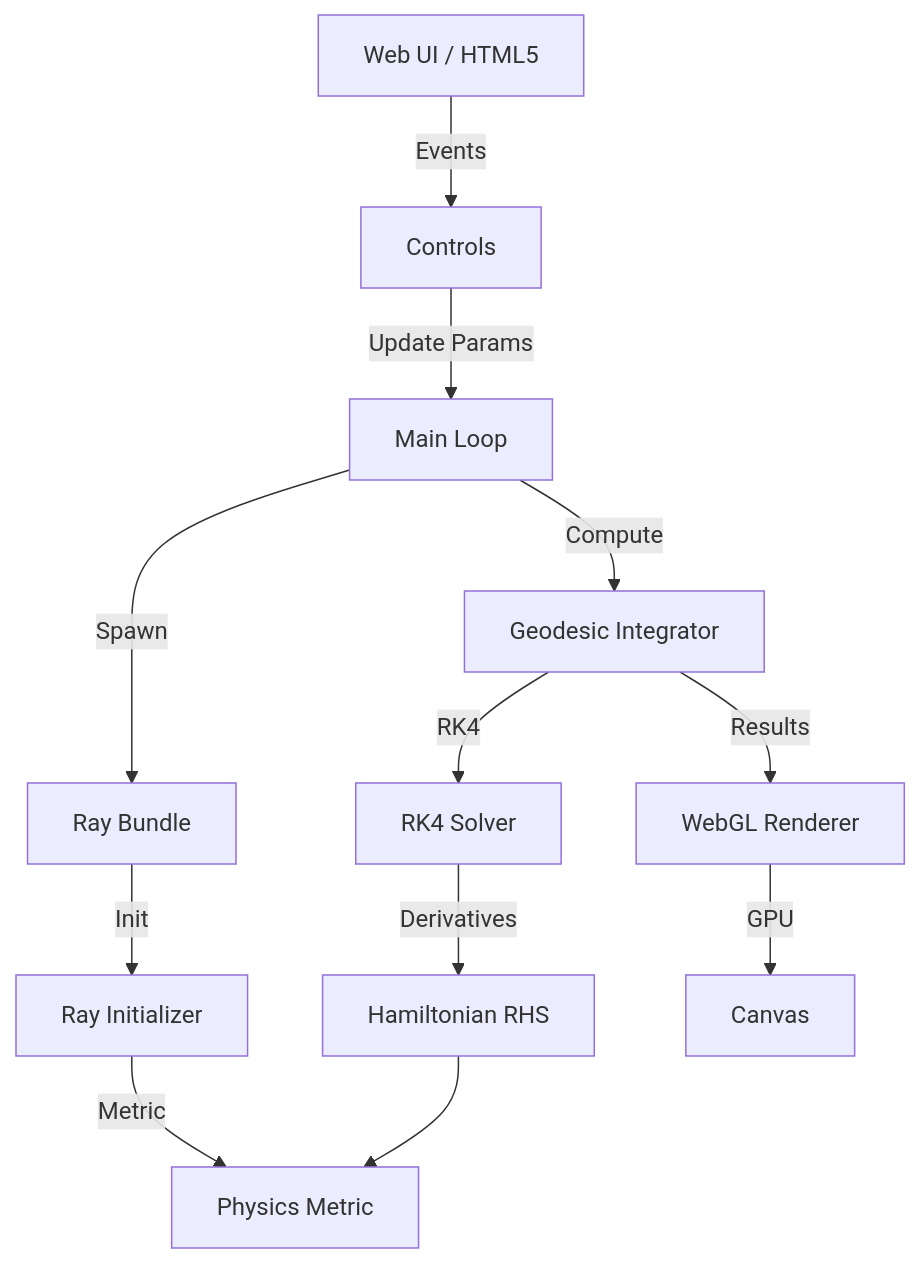
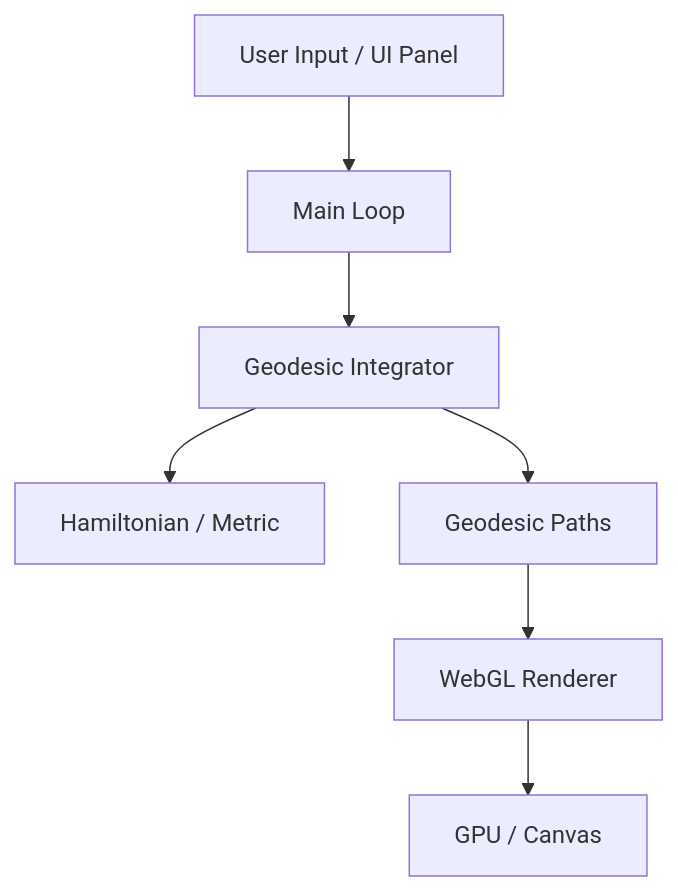
One commit to shreshthkapai/schwarzschild changed the diagram in docs/architecture.md. Above: the diagram before and after it, drawn with Mermaid. The commit also changed other lines of this file and 4 other files, not shown here.

````diff
--- a/docs/architecture.md
+++ b/docs/architecture.md
@@ -35,14 +32,9 @@
 ```mermaid
 graph TD
-    UI[Web UI / HTML5] --> |Events| Controls[Controls]
-    Controls --> |Update Params| Main[Main Loop]
-    Main --> |Spawn| RB[Ray Bundle]
-    RB --> |Init| RI[Ray Initializer]
-    RI --> |Metric| Physics[Physics Metric]
-    Main --> |Compute| GI[Geodesic Integrator]
-    GI --> |RK4| RK4[RK4 Solver]
-    RK4 --> |Derivatives| Ham[Hamiltonian RHS]
-    Ham --> Physics
-    GI --> |Results| Renderer[WebGL Renderer]
-    Renderer --> |GPU| Screen[Canvas]
+    User[User Input / UI Panel] --> Main[Main Loop]
+    Main --> Integrator[Geodesic Integrator]
+    Integrator --> Ham[Hamiltonian / Metric]
+    Integrator --> Results[Geodesic Paths]
+    Results --> Renderer[WebGL Renderer]
+    Renderer --> GPU[GPU / Canvas]
 ```
````
